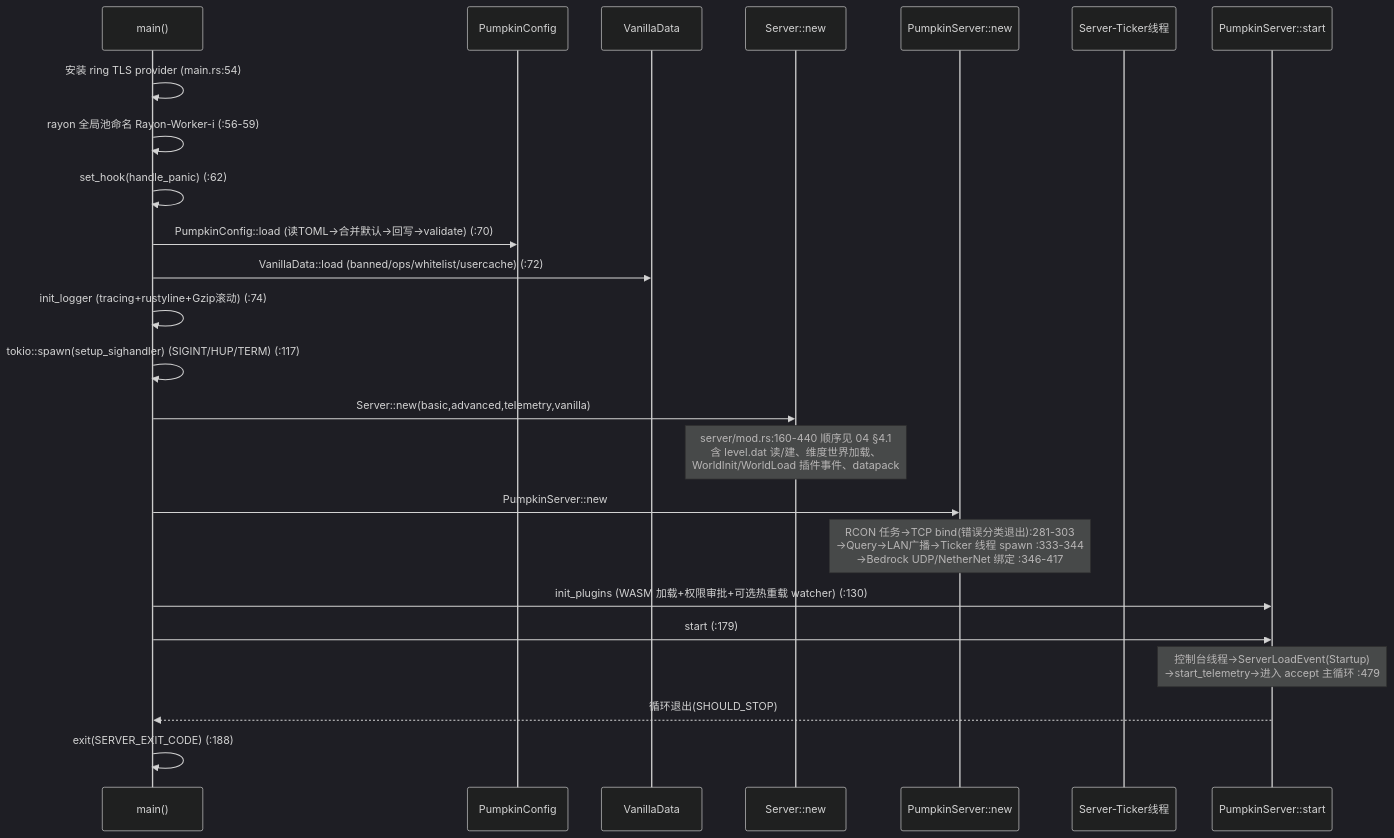
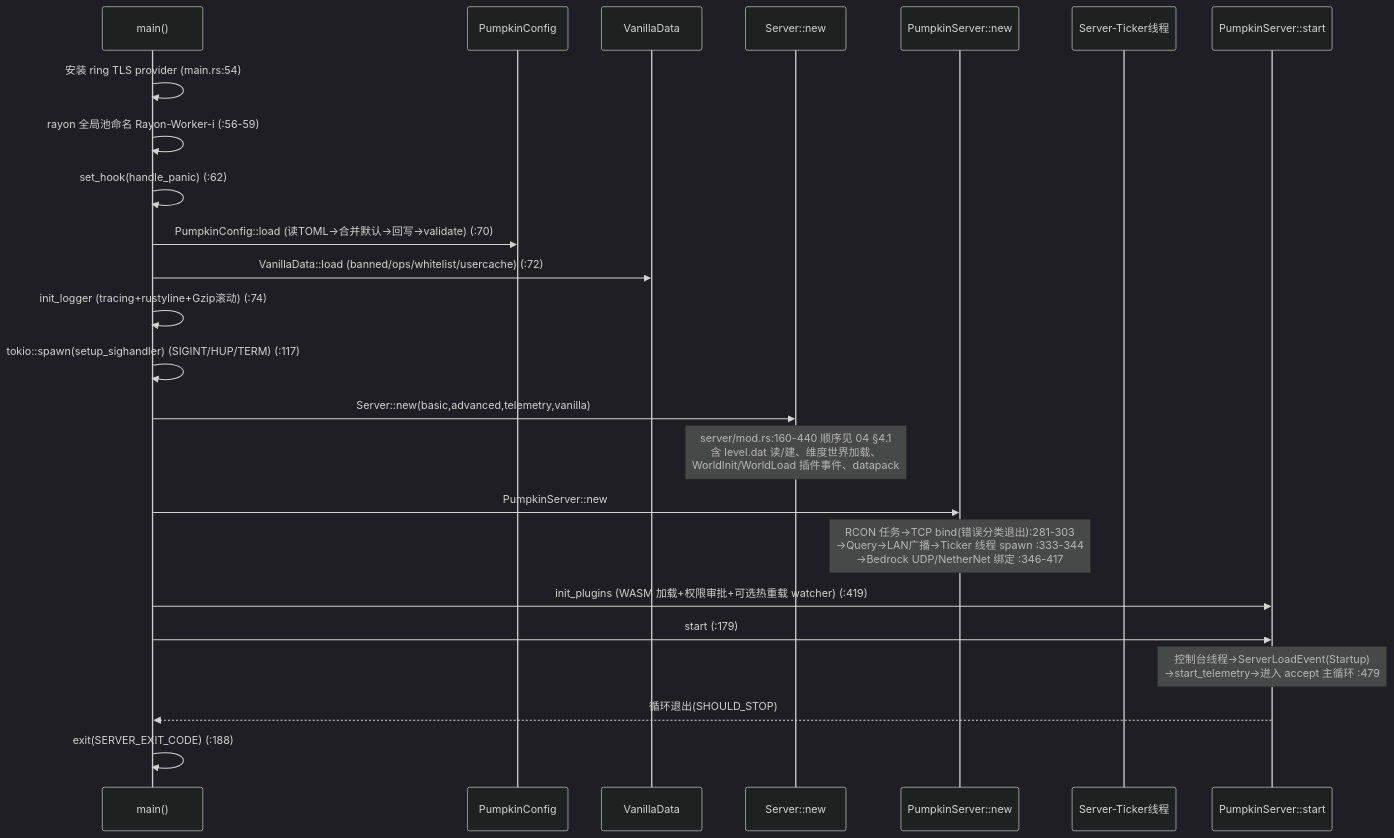
Before and after one commit to Quotidietium/Papokin: the first of 5 diagrams in note/06-控制流.md, drawn with Mermaid (dark theme). The commit also changed 6 other files, not shown here.

````diff
--- a/note/06-控制流.md
+++ b/note/06-控制流.md
@@ -7,27 +7,27 @@
 ```mermaid
 sequenceDiagram
     participant M as main()
     participant Cfg as PumpkinConfig
     participant VD as VanillaData
     participant S as Server::new
     participant PS as PumpkinServer::new
     participant T as Server-Ticker线程
     participant L as PumpkinServer::start
 
     M->>M: 安装 ring TLS provider (main.rs:54)
     M->>M: rayon 全局池命名 Rayon-Worker-i (:56-59)
     M->>M: set_hook(handle_panic) (:62)
     M->>Cfg: PumpkinConfig::load (读TOML→合并默认→回写→validate) (:70)
     M->>VD: VanillaData::load (banned/ops/whitelist/usercache) (:72)
     M->>M: init_logger (tracing+rustyline+Gzip滚动) (:74)
     M->>M: tokio::spawn(setup_sighandler) (SIGINT/HUP/TERM) (:117)
     M->>S: Server::new(basic,advanced,telemetry,vanilla)
     Note over S: server/mod.rs:160-440 顺序见 04 §4.1<br/>含 level.dat 读/建、维度世界加载、<br/>WorldInit/WorldLoad 插件事件、datapack #minecraft:load
     M->>PS: PumpkinServer::new
     Note over PS: RCON 任务→TCP bind(错误分类退出):281-303<br/>→Query→LAN广播→Ticker 线程 spawn :333-344<br/>→Bedrock UDP/NetherNet 绑定 :346-417
-    M->>L: init_plugins (WASM 加载+权限审批+可选热重载 watcher) (:130)
+    M->>L: init_plugins (WASM 加载+权限审批+可选热重载 watcher) (:419)
     M->>L: start (:179)
     Note over L: 控制台线程→ServerLoadEvent(Startup)<br/>→start_telemetry→进入 accept 主循环 :479
     L-->>M: 循环退出(SHOULD_STOP)
     M->>M: exit(SERVER_EXIT_CODE) (:188)
 ```
````
